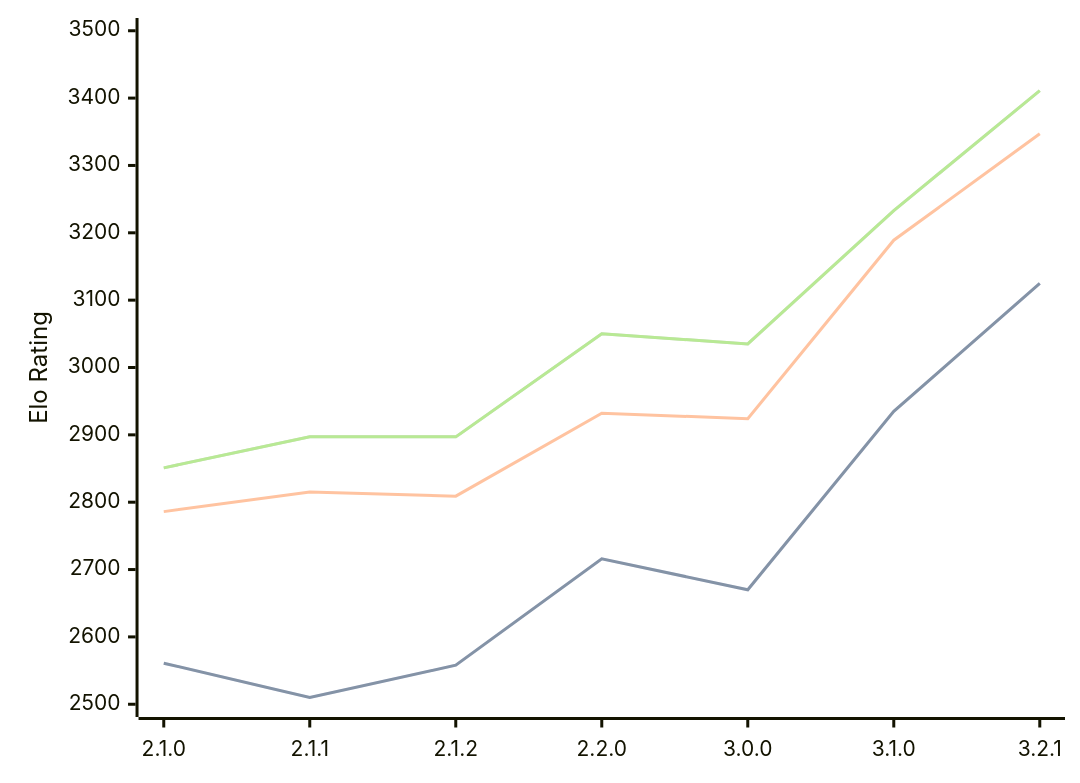
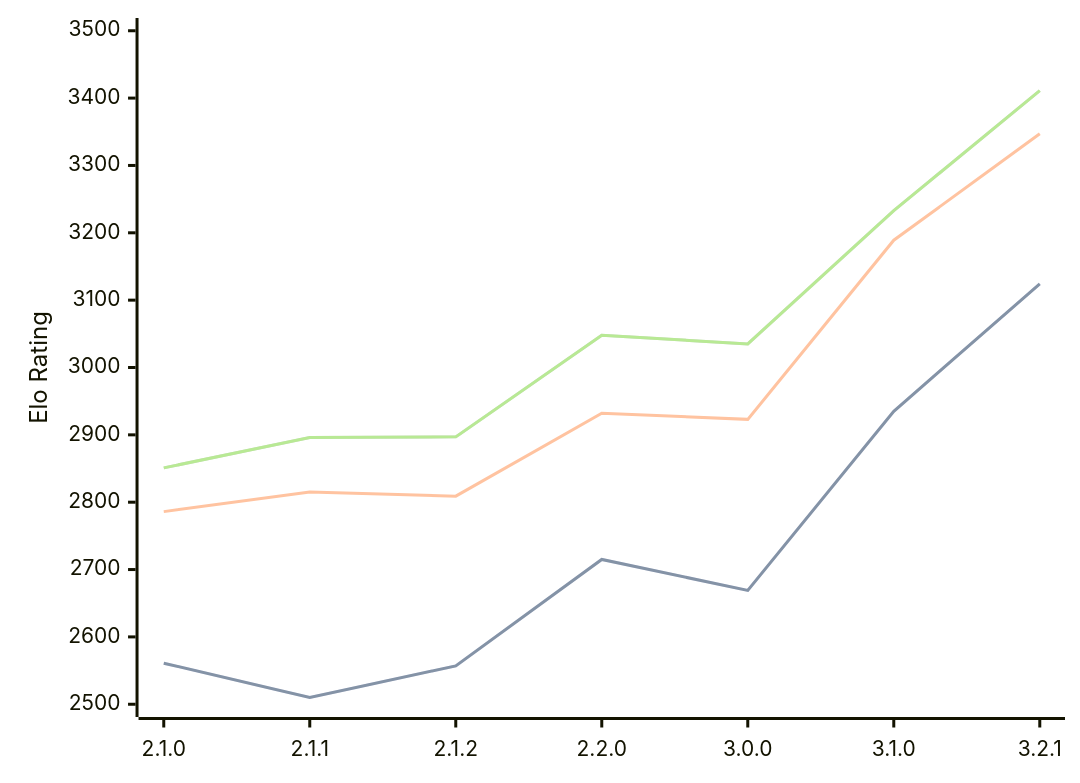
The diagram in engines/Prune.md (computer-chess-index/cci), drawn with Mermaid before and after one commit. The commit also changed other lines of this file, not shown here.

Commit message:
Update CCI Ratings (ELO VLTC) - 2026-04-06

````diff
--- a/engines/Prune.md
+++ b/engines/Prune.md
@@ -42,11 +42,11 @@
 ```mermaid
 %%{init: {"theme":"base","themeVariables":{"seriesColors:['#a3a3a3','#222221','#faa371']}}}%%
 xychart-beta
   x-axis ["2.1.0", "2.1.1", "2.1.2", "2.2.0", "3.0.0", "3.1.0", "3.2.1"]
   y-axis "Elo Rating" 2500 --> 3500
-  line "STC (8.0+0.08s)" [2561, 2510, 2558, 2716, 2670, 2935, 3125]
-  line "STC (8.0+0.08s)" [2561, 2510, 2558, 2716, 2670, 2935, 3125]
-  line "LTC (60.0+0.60s)" [2786, 2815, 2809, 2932, 2924, 3189, 3347]
-  line "VLTC (2m24s+1.12s)" [2851, 2897, 2897, 3050, 3035, 3233, 3411]
-  line "VLTC (2m24s+1.12s)" [2851, 2897, 2897, 3050, 3035, 3233, 3411]
+  line "STC (8.0+0.08s)" [2561, 2510, 2557, 2715, 2669, 2935, 3124]
+  line "STC (8.0+0.08s)" [2561, 2510, 2557, 2715, 2669, 2935, 3124]
+  line "LTC (60.0+0.60s)" [2786, 2815, 2809, 2932, 2923, 3189, 3347]
+  line "VLTC (2m24s+1.12s)" [2851, 2896, 2897, 3048, 3035, 3233, 3411]
+  line "VLTC (2m24s+1.12s)" [2851, 2896, 2897, 3048, 3035, 3233, 3411]
 ```
````
